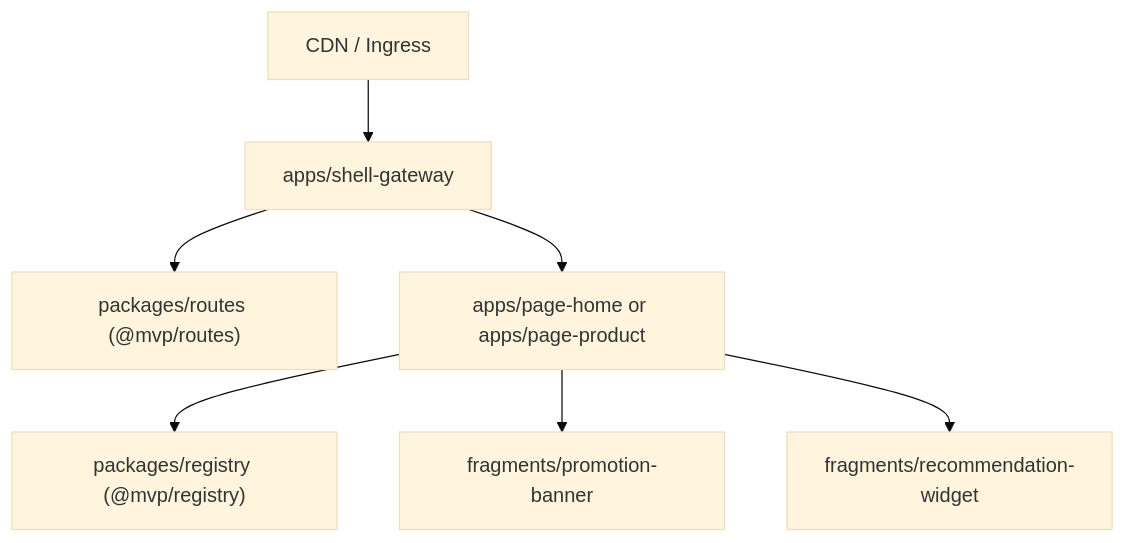
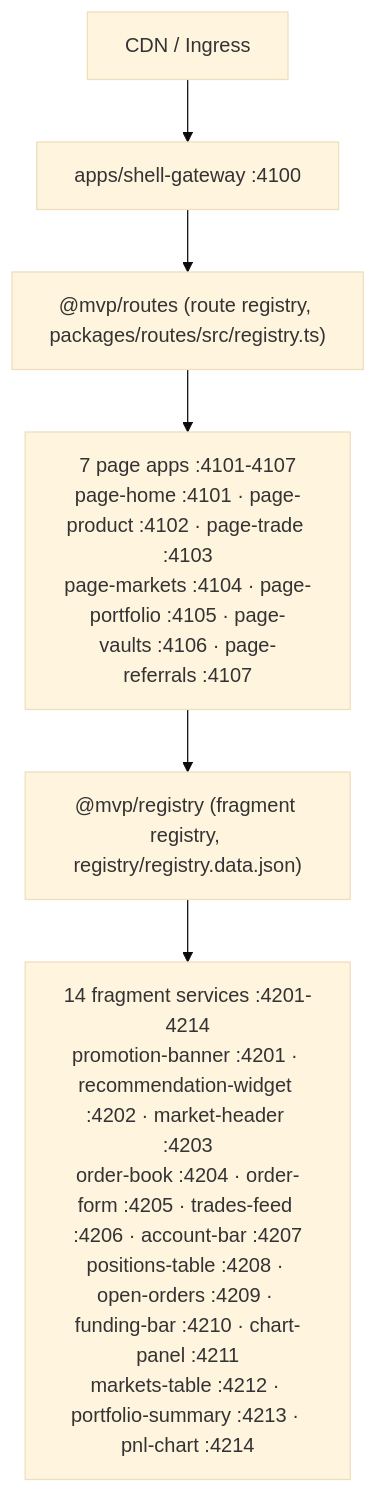
The diagram in docs/ARCHITECTURE.md (zyonlab/ai-first-web-frame), drawn with Mermaid (base theme) before and after one commit. The commit also changed other lines of this file and 11 other files, not shown here.

````diff
--- a/docs/ARCHITECTURE.md
+++ b/docs/ARCHITECTURE.md
@@ -7,9 +9,8 @@
 ```mermaid
 flowchart TD
-  A["CDN / Ingress"] --> B["apps/shell-gateway"]
-  B --> C["packages/routes (@mvp/routes)"]
-  B --> D["apps/page-home or apps/page-product"]
-  D --> E["packages/registry (@mvp/registry)"]
-  D --> F["fragments/promotion-banner"]
-  D --> G["fragments/recommendation-widget"]
+  A["CDN / Ingress"] --> B["apps/shell-gateway :4100"]
+  B --> C["@mvp/routes (route registry, packages/routes/src/registry.ts)"]
+  C --> D["7 page apps :4101-4107<br/>page-home :4101 · page-product :4102 · page-trade :4103<br/>page-markets :4104 · page-portfolio :4105 · page-vaults :4106 · page-referrals :4107"]
+  D --> E["@mvp/registry (fragment registry, registry/registry.data.json)"]
+  E --> F["14 fragment services :4201-4214<br/>promotion-banner :4201 · recommendation-widget :4202 · market-header :4203<br/>order-book :4204 · order-form :4205 · trades-feed :4206 · account-bar :4207<br/>positions-table :4208 · open-orders :4209 · funding-bar :4210 · chart-panel :4211<br/>markets-table :4212 · portfolio-summary :4213 · pnl-chart :4214"]
 ```
````
